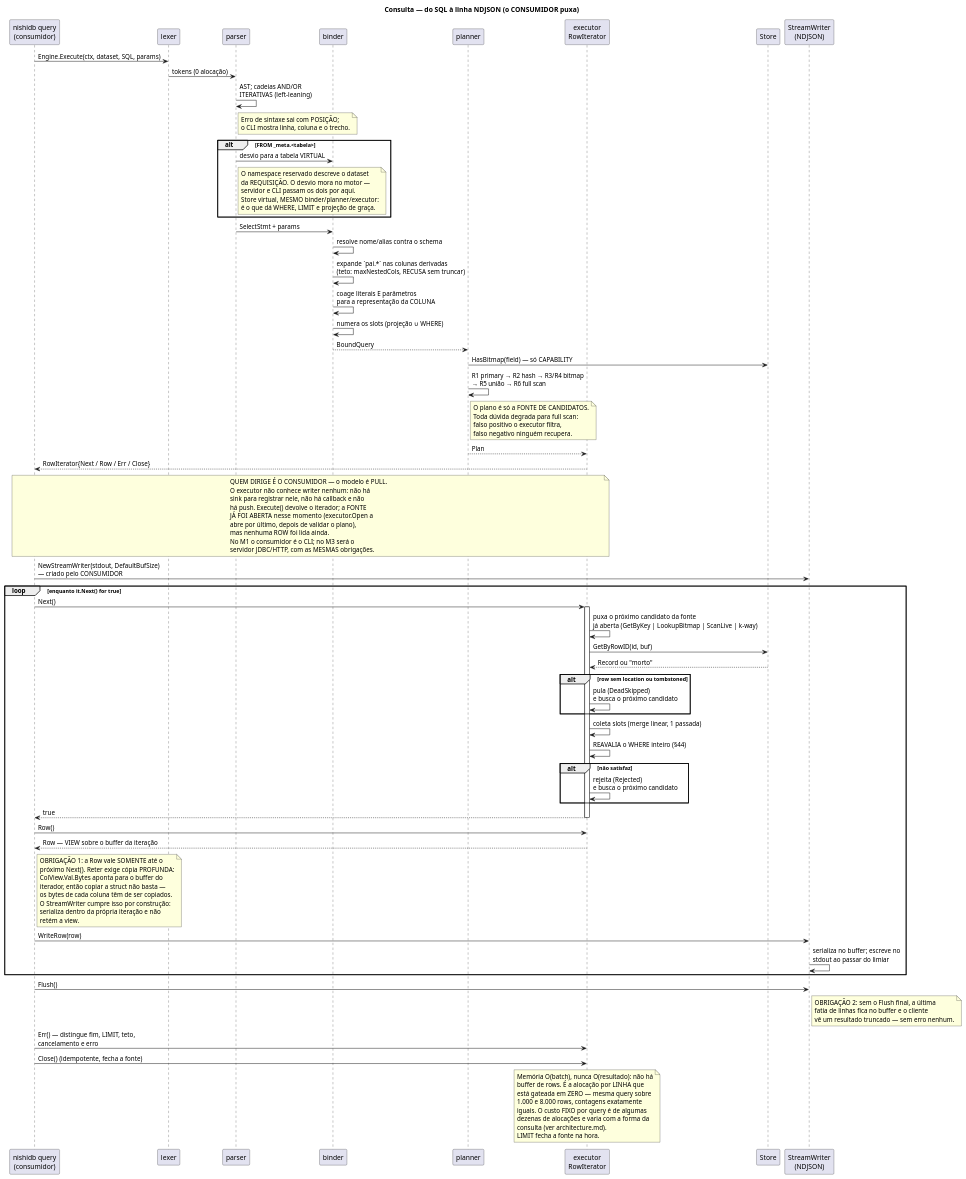
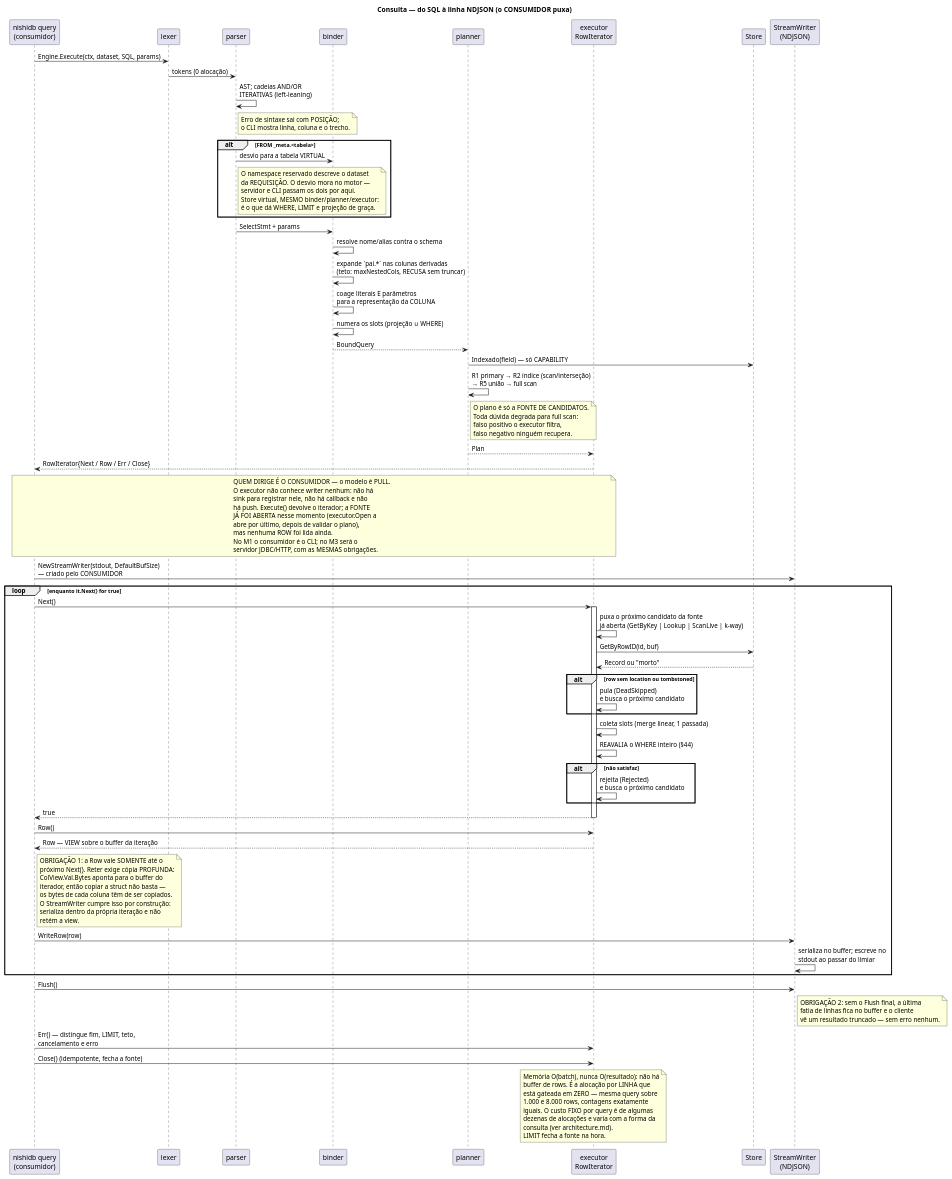
The diagram in docs/diagrams/query_flow.puml (nishisan-dev/nishidb), drawn with PlantUML before and after one commit. The commit also changed 84 other files, not shown here.

```diff
--- a/docs/diagrams/query_flow.puml
+++ b/docs/diagrams/query_flow.puml
@@ -1,117 +1,117 @@
 @startuml query_flow
 title Consulta — do SQL à linha NDJSON (o CONSUMIDOR puxa)
 
 participant "nishidb query\n(consumidor)" as cli
 participant "lexer" as lex
 participant "parser" as par
 participant "binder" as bnd
 participant "planner" as pln
 participant "executor\nRowIterator" as exe
 participant "Store" as st
 participant "StreamWriter\n(NDJSON)" as w
 
 cli -> lex : Engine.Execute(ctx, dataset, SQL, params)
 lex -> par : tokens (0 alocação)
 par -> par : AST; cadeias AND/OR\nITERATIVAS (left-leaning)
 note right of par
   Erro de sintaxe sai com POSIÇÃO;
   o CLI mostra linha, coluna e o trecho.
 end note
 
 alt FROM _meta.<tabela>
   par -> bnd : desvio para a tabela VIRTUAL
   note right of par
     O namespace reservado descreve o dataset
     da REQUISIÇÃO. O desvio mora no motor —
     servidor e CLI passam os dois por aqui.
     Store virtual, MESMO binder/planner/executor:
     é o que dá WHERE, LIMIT e projeção de graça.
   end note
 end
 
 par -> bnd : SelectStmt + params
 bnd -> bnd : resolve nome/alias contra o schema
 bnd -> bnd : expande `pai.*` nas colunas derivadas\n(teto: maxNestedCols, RECUSA sem truncar)
 bnd -> bnd : coage literais E parâmetros\npara a representação da COLUNA
 bnd -> bnd : numera os slots (projeção ∪ WHERE)
 bnd --> pln : BoundQuery
 
-pln -> st : HasBitmap(field) — só CAPABILITY
-pln -> pln : R1 primary → R2 hash → R3/R4 bitmap\n→ R5 união → R6 full scan
+pln -> st : Indexado(field) — só CAPABILITY
+pln -> pln : R1 primary → R2 índice (scan/interseção)\n→ R5 união → full scan
 note right of pln
   O plano é só a FONTE DE CANDIDATOS.
   Toda dúvida degrada para full scan:
   falso positivo o executor filtra,
   falso negativo ninguém recupera.
 end note
 pln --> exe : Plan
 
 exe --> cli : RowIterator{Next / Row / Err / Close}
 note over cli, exe
   QUEM DIRIGE É O CONSUMIDOR — o modelo é PULL.
   O executor não conhece writer nenhum: não há
   sink para registrar nele, não há callback e não
   há push. Execute() devolve o iterador; a FONTE
   JÁ FOI ABERTA nesse momento (executor.Open a
   abre por último, depois de validar o plano),
   mas nenhuma ROW foi lida ainda.
   No M1 o consumidor é o CLI; no M3 será o
   servidor JDBC/HTTP, com as MESMAS obrigações.
 end note
 
 cli -> w : NewStreamWriter(stdout, DefaultBufSize)\n— criado pelo CONSUMIDOR
 
 loop enquanto it.Next() for true
   cli -> exe : Next()
   activate exe
-  exe -> exe : puxa o próximo candidato da fonte\njá aberta (GetByKey | LookupBitmap | ScanLive | k-way)
+  exe -> exe : puxa o próximo candidato da fonte\njá aberta (GetByKey | Lookup | ScanLive | k-way)
   exe -> st : GetByRowID(id, buf)
   st --> exe : Record ou "morto"
   alt row sem location ou tombstoned
     exe -> exe : pula (DeadSkipped)\ne busca o próximo candidato
   end
   exe -> exe : coleta slots (merge linear, 1 passada)
   exe -> exe : REAVALIA o WHERE inteiro (§44)
   alt não satisfaz
     exe -> exe : rejeita (Rejected)\ne busca o próximo candidato
   end
   exe --> cli : true
   deactivate exe
 
   cli -> exe : Row()
   exe --> cli : Row — VIEW sobre o buffer da iteração
   note right of cli
     OBRIGAÇÃO 1: a Row vale SOMENTE até o
     próximo Next(). Reter exige cópia PROFUNDA:
     ColView.Val.Bytes aponta para o buffer do
     iterador, então copiar a struct não basta —
     os bytes de cada coluna têm de ser copiados.
     O StreamWriter cumpre isso por construção:
     serializa dentro da própria iteração e não
     retém a view.
   end note
   cli -> w : WriteRow(row)
   w -> w : serializa no buffer; escreve no\nstdout ao passar do limiar
 end
 
 cli -> w : Flush()
 note right of w
   OBRIGAÇÃO 2: sem o Flush final, a última
   fatia de linhas fica no buffer e o cliente
   vê um resultado truncado — sem erro nenhum.
 end note
 
 cli -> exe : Err() — distingue fim, LIMIT, teto,\ncancelamento e erro
 cli -> exe : Close() (idempotente, fecha a fonte)
 
 note over exe
   Memória O(batch), nunca O(resultado): não há
   buffer de rows. É a alocação por LINHA que
   está gateada em ZERO — mesma query sobre
   1.000 e 8.000 rows, contagens exatamente
   iguais. O custo FIXO por query é de algumas
   dezenas de alocações e varia com a forma da
   consulta (ver architecture.md).
   LIMIT fecha a fonte na hora.
 end note
 @enduml
```
